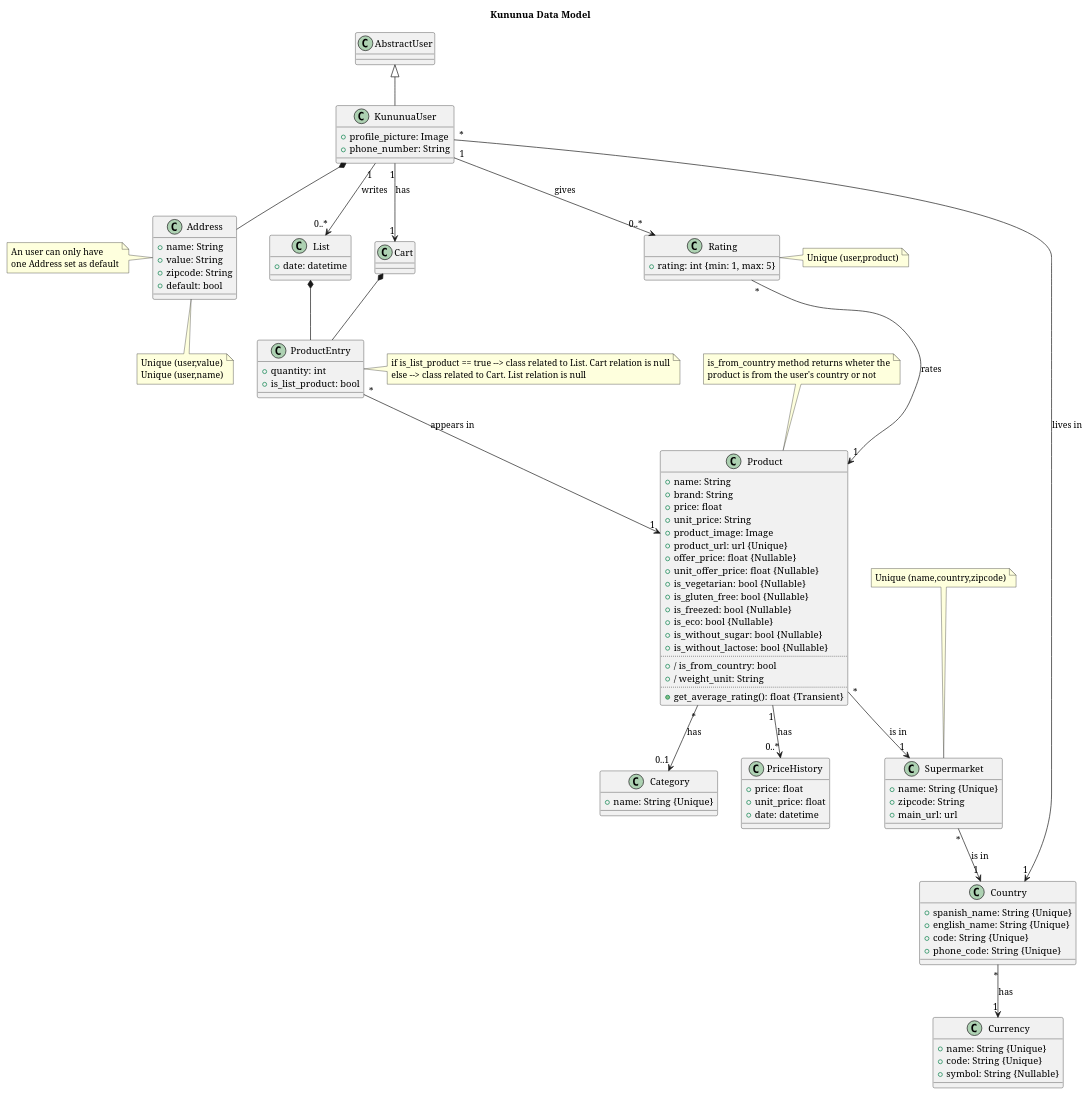
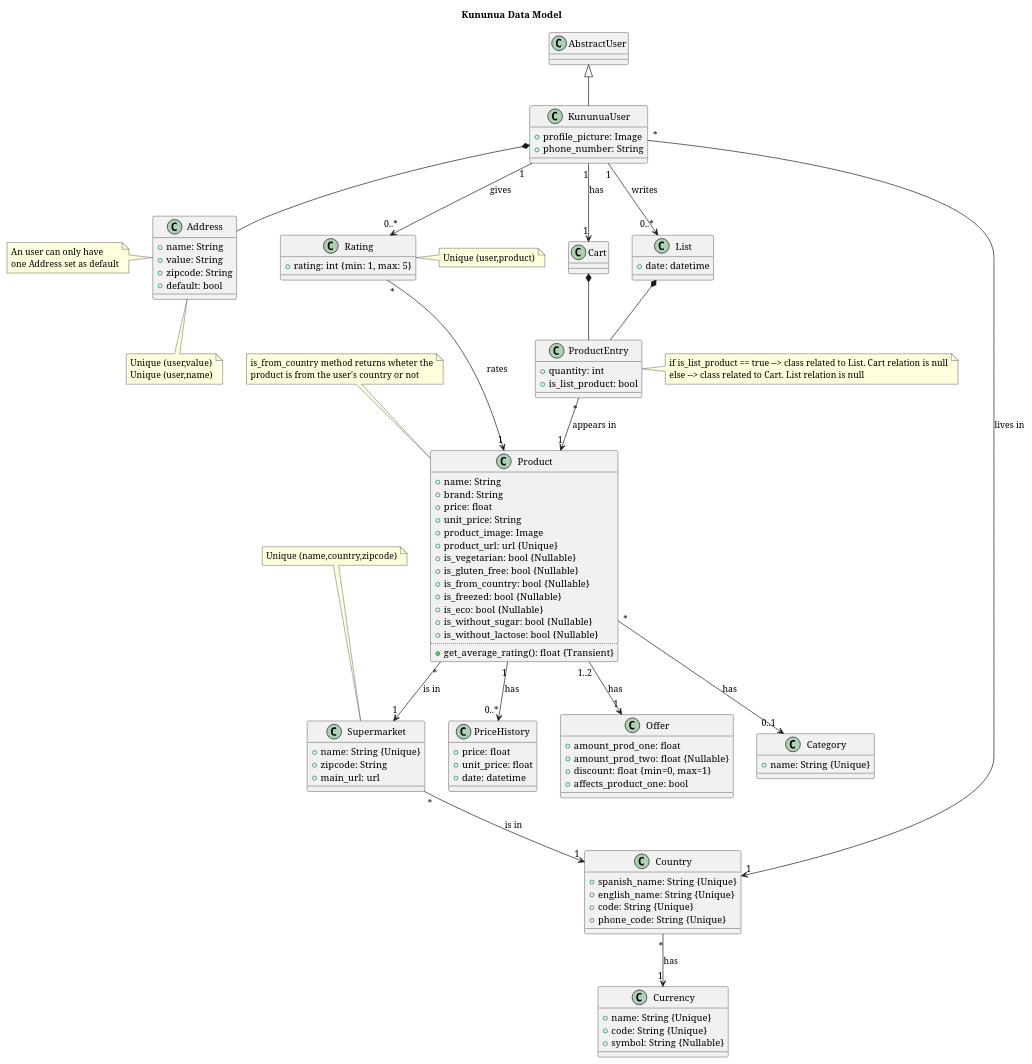
Before and after one commit to Kununua/kununua-app: the diagram in documentation/diagrams/src/data-diagram.wsd, drawn with PlantUML. The commit also changed 2 other files, not shown here.

Commit message:
FEAT: OFFER MODEL ADDED

```diff
--- a/documentation/diagrams/src/data-diagram.wsd
+++ b/documentation/diagrams/src/data-diagram.wsd
@@ -1,139 +1,143 @@
 @startuml KununuaDataModel
 
 ' --------------- CONFIG ----------------
 
 title Kununua Data Model
 '!theme minty
 '!theme materia
 skinparam defaultFontName Serif
 
 ' --------------- CLASSES ----------------
 
 class AbstractUser{}
 
 class KununuaUser{
     +profile_picture: Image
     +phone_number: String
 }
 
 class Country{
     +spanish_name: String {Unique}
     +english_name: String {Unique}
     +code: String {Unique}
     +phone_code: String {Unique}
 }
 
 class Currency{
     +name: String {Unique}
     +code: String {Unique}
     +symbol: String {Nullable}
 }
 
 class Address{
     +name: String
     +value: String
     +zipcode: String
     +default: bool
 }
 
 class Product{
     +name: String
     +brand: String
     +price: float
     +unit_price: String
     +product_image: Image
     +product_url: url {Unique}
-    +offer_price: float {Nullable}
-    +unit_offer_price: float {Nullable}
     +is_vegetarian: bool {Nullable}
     +is_gluten_free: bool {Nullable}
+    +is_from_country: bool {Nullable}
     +is_freezed: bool {Nullable}
     +is_eco: bool {Nullable}
     +is_without_sugar: bool {Nullable}
     +is_without_lactose: bool {Nullable}
     ..
-    + / is_from_country: bool
-    + / weight_unit: String
-    ..
     +get_average_rating(): float {Transient}
+}
+
+class Offer{
+    +amount_prod_one: float
+    +amount_prod_two: float {Nullable}
+    +discount: float {min=0, max=1}
+    +affects_product_one: bool
 }
 
 class Category{
     +name: String {Unique}
 }
 
 class Supermarket{
     +name: String {Unique}
     +zipcode: String
     +main_url: url
 }
 
 class Rating{
     +rating: int {min: 1, max: 5}
 }
 
 class PriceHistory{
     +price: float
     +unit_price: float
     +date: datetime
 }
 
 class List{
     +date: datetime
 }
 
 class Cart{}
 
 class ProductEntry{
     +quantity: int
     +is_list_product: bool
 }
 
 ' --------------- NOTES ----------------
 note left of Address 
 An user can only have 
 one Address set as default
 end note
 
 note bottom of Address 
 Unique (user,value)
 Unique (user,name)
 end note
 
 note top of Product
 is_from_country method returns wheter the
 product is from the user's country or not
 end note
 
 note top of Supermarket
 Unique (name,country,zipcode)
 end note
 
 note right of Rating
 Unique (user,product)
 end note
 
 note right of ProductEntry
 if is_list_product == true --> class related to List. Cart relation is null
 else --> class related to Cart. List relation is null
 end note
 
 ' --------------- RELATIONS ----------------
 
 AbstractUser <|-- KununuaUser
 KununuaUser *-- Address
 KununuaUser "*" --> "1" Country: lives in
 KununuaUser "1" --> "0..*" Rating: gives
 KununuaUser "1" --> "0..*" List: writes
 KununuaUser "1" --> "1" Cart: has
 Country "*" --> "1" Currency: has
 Product "*" --> "0..1" Category: has
 Product "*" --> "1" Supermarket: is in
 Product "1" --> "0..*" PriceHistory: has
+Product "1..2" --> "1" Offer: has
 Supermarket "*" --> "1" Country: is in
 Rating "*" --> "1" Product: rates
 List *-- ProductEntry
 Cart *-- ProductEntry
 ProductEntry "*" --> "1" Product: appears in
 
 @enduml
```
